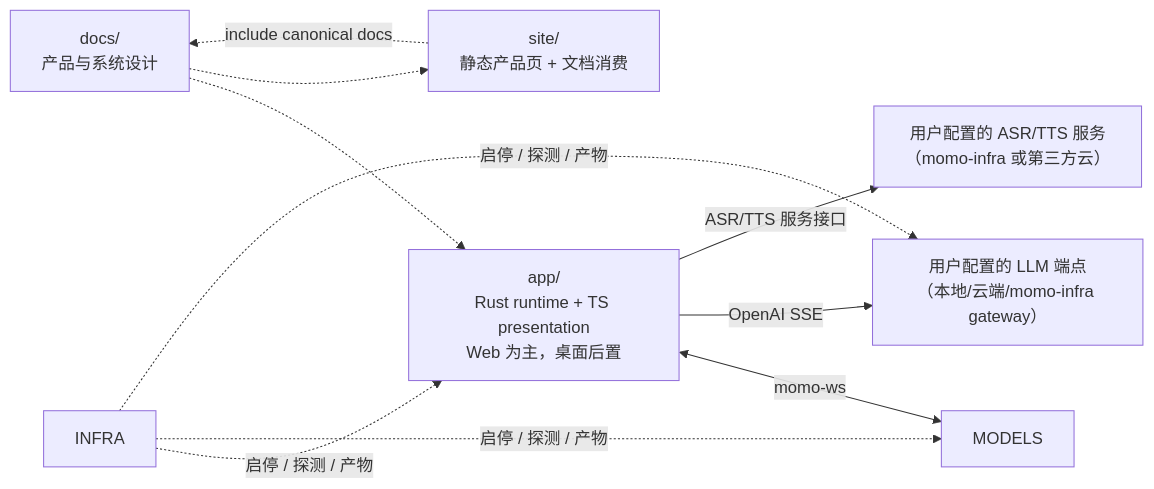
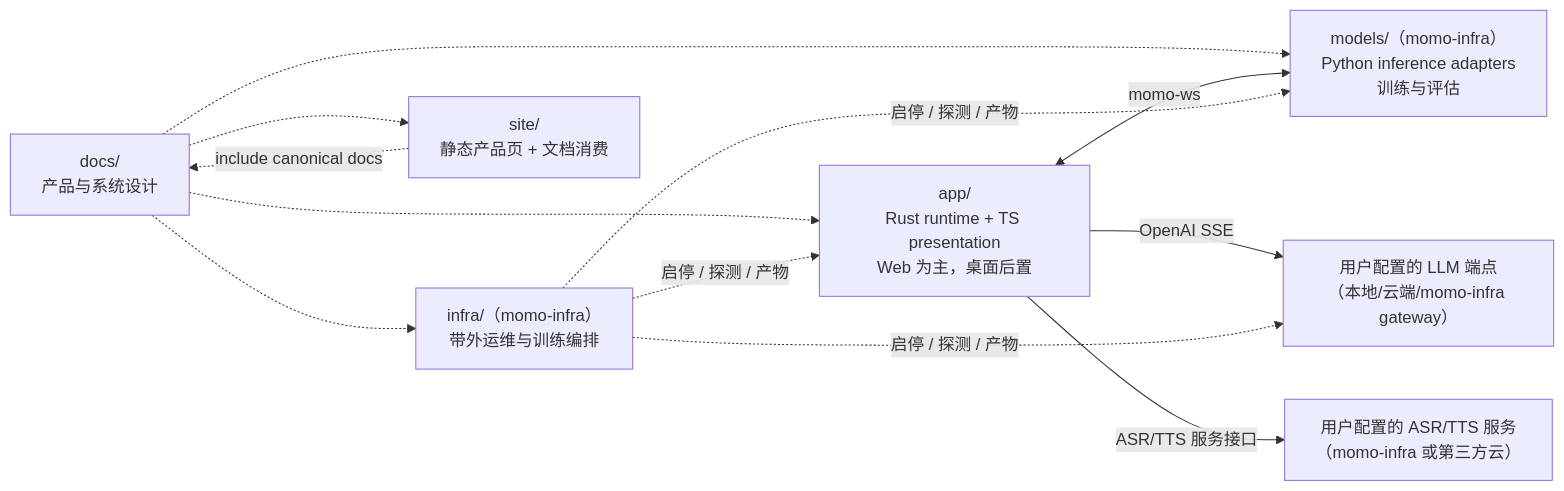
Before and after one commit to Momoyeyu/momo: the second of 2 diagrams in docs/01-architecture/boundaries.md, drawn with Mermaid. The commit also changed other lines of this file and 7 other files, not shown here.

Commit message:
chore: split models/, infra/, evals/voice/ and config schema to momo-infra

````diff
--- a/docs/01-architecture/boundaries.md
+++ b/docs/01-architecture/boundaries.md
@@ -14,10 +21,12 @@
 ```mermaid
 flowchart LR
     DOCS["docs/<br/>产品与系统设计"] -.-> APP["app/<br/>Rust runtime + TS presentation<br/>Web 为主，桌面后置"]
+    DOCS -.-> MODELS["models/（momo-infra）<br/>Python inference adapters<br/>训练与评估"]
+    DOCS -.-> INFRA["infra/（momo-infra）<br/>带外运维与训练编排"]
     DOCS -.-> SITE["site/<br/>静态产品页 + 文档消费"]
     APP <-->|"momo-ws"| MODELS
     APP -->|"OpenAI SSE"| LLM["用户配置的 LLM 端点<br/>（本地/云端/momo-infra gateway）"]
     APP -->|"ASR/TTS 服务接口"| EXTVOICE["用户配置的 ASR/TTS 服务<br/>（momo-infra 或第三方云）"]
     INFRA -.->|"启停 / 探测 / 产物"| APP & MODELS & LLM
     SITE -.->|"include canonical docs"| DOCS
 ```
````
